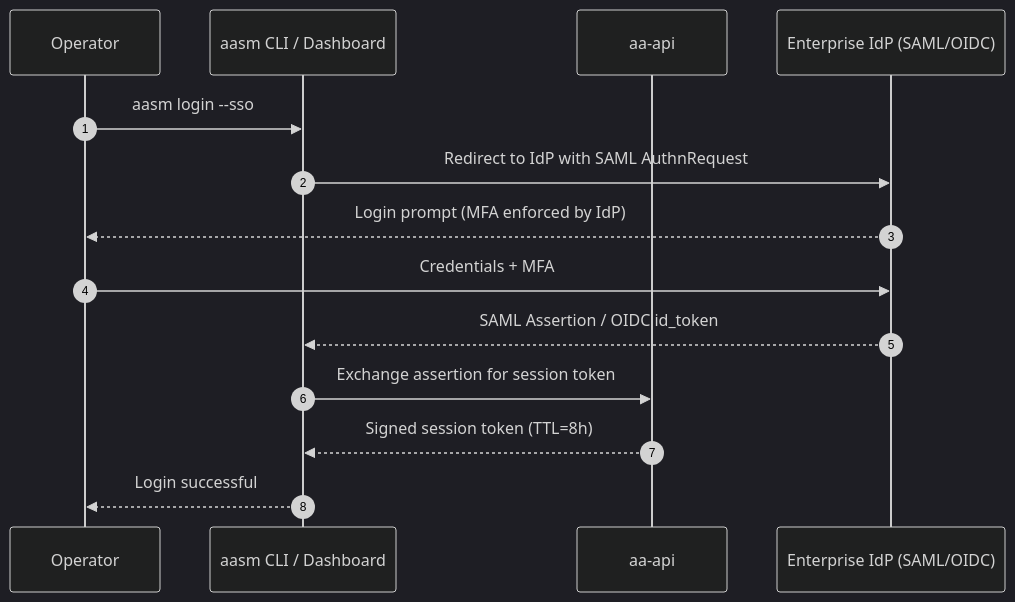
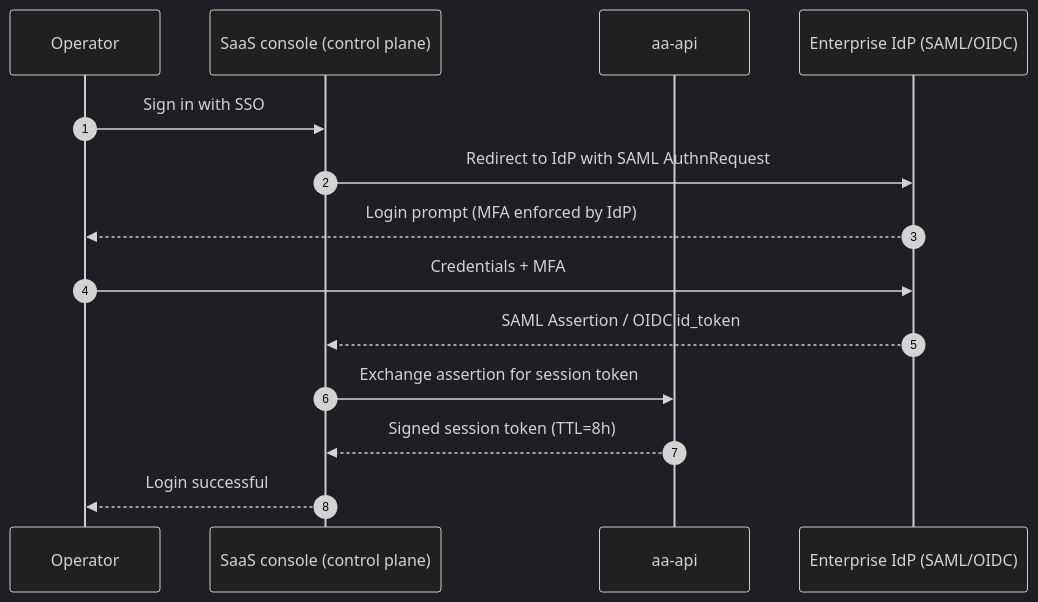
Before and after one commit to ai-agent-assembly/docs: the second of 2 diagrams in docs/src/security-model.md, drawn with Mermaid (dark theme). The commit also changed other lines of this file, not shown here.

Commit message:
🐛 (docs): Reword non-existent aasm CLI commands in security-model
`aasm login --sso` and `aasm secret rotate` are not real aa-cli
subcommands. Rewords the SSO sign-in sequence and secret-rotation note
as SaaS console (control-plane) flows instead of CLI commands.

Closes AAASM-3784

Claude-Session: https://claude.ai/code/session_019mSz31RysZF6DYToUoBWLf

````diff
--- a/docs/src/security-model.md
+++ b/docs/src/security-model.md
@@ -71,17 +74,17 @@
 ```mermaid
 sequenceDiagram
   autonumber
   participant Ops as Operator
-  participant CLI as aasm CLI / Dashboard
+  participant Console as SaaS console (control plane)
   participant API as aa-api
   participant IdP as Enterprise IdP (SAML/OIDC)
 
-  Ops->>CLI: aasm login --sso
-  CLI->>IdP: Redirect to IdP with SAML AuthnRequest
+  Ops->>Console: Sign in with SSO
+  Console->>IdP: Redirect to IdP with SAML AuthnRequest
   IdP-->>Ops: Login prompt (MFA enforced by IdP)
   Ops->>IdP: Credentials + MFA
-  IdP-->>CLI: SAML Assertion / OIDC id_token
-  CLI->>API: Exchange assertion for session token
-  API-->>CLI: Signed session token (TTL=8h)
-  CLI-->>Ops: Login successful
+  IdP-->>Console: SAML Assertion / OIDC id_token
+  Console->>API: Exchange assertion for session token
+  API-->>Console: Signed session token (TTL=8h)
+  Console-->>Ops: Login successful
 ```
````
